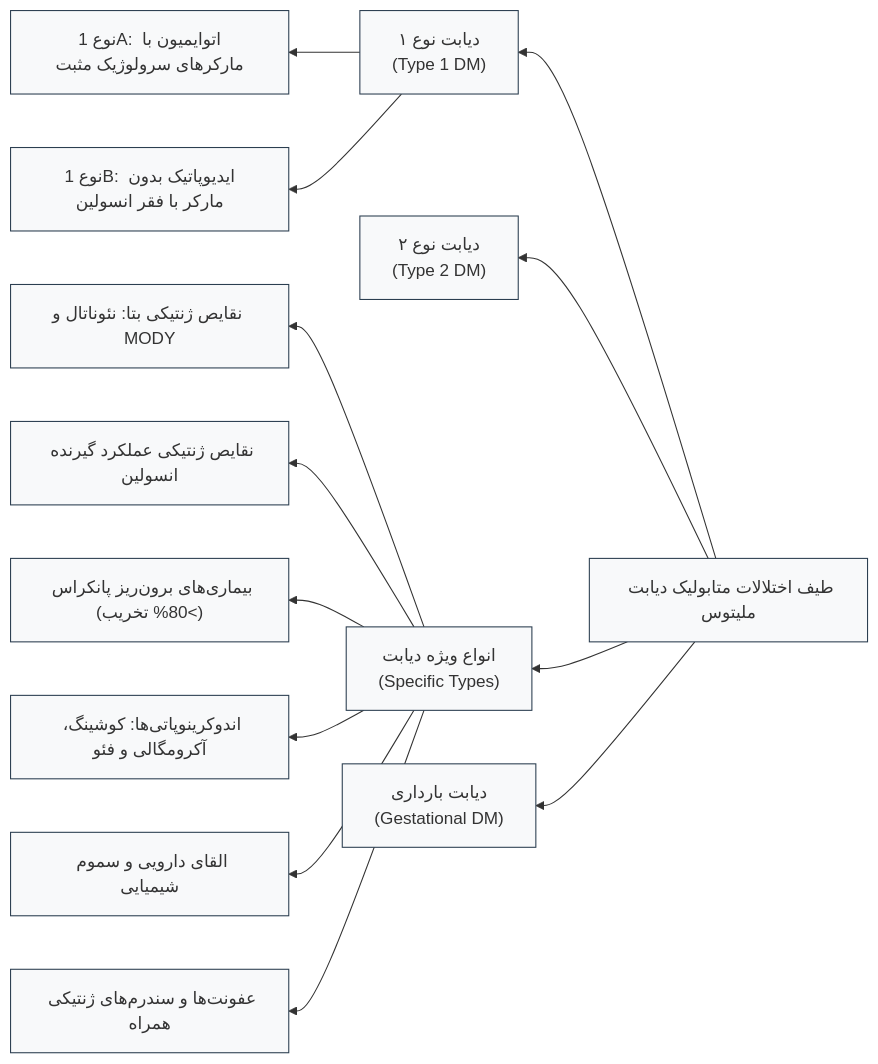
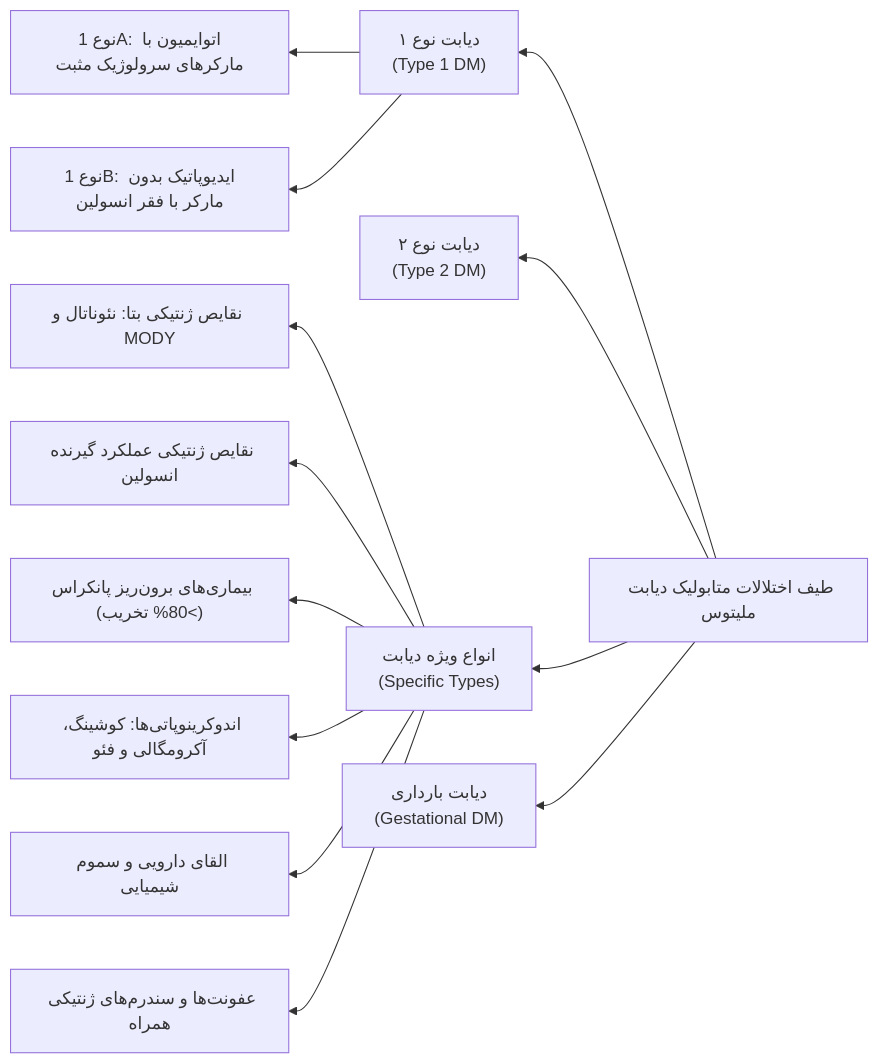
Before and after one commit to neopulse-hub/TUMS-1396-1-material-notes: the second of 15 diagrams in 7/مبانی غدد/دیابت.md, drawn with Mermaid. The commit also changed other lines of this file, not shown here.

````diff
--- a/7/مبانی غدد/دیابت.md
+++ b/7/مبانی غدد/دیابت.md
@@ -48,20 +48,18 @@
 ```mermaid
 flowchart RL
     DM["طیف اختلالات متابولیک دیابت ملیتوس"] --> T1D["دیابت نوع ۱<br>(Type 1 DM)"]
     DM --> T2D["دیابت نوع ۲<br>(Type 2 DM)"]
     DM --> Specific["انواع ویژه دیابت<br>(Specific Types)"]
     DM --> GDM["دیابت بارداری<br>(Gestational DM)"]
 
     T1D --> T1A["نوع 1A: اتوایمیون با مارکرهای سرولوژیک مثبت"]
     T1D --> T1B["نوع 1B: ایدیوپاتیک بدون مارکر با فقر انسولین"]
 
     Specific --> Mono["نقایص ژنتیکی بتا: نئوناتال و MODY"]
     Specific --> InsAct["نقایص ژنتیکی عملکرد گیرنده انسولین"]
     Specific --> Exocrine["بیماری‌های برون‌ریز پانکراس (>80% تخریب)"]
     Specific --> Endocrine["اندوکرینوپاتی‌ها: کوشینگ، آکرومگالی و فئو"]
     Specific --> Drugs["القای دارویی و سموم شیمیایی"]
     Specific --> Infect["عفونت‌ها و سندرم‌های ژنتیکی همراه"]
 
-    classDef main fill:#f8f9fa,stroke:#2b3e50,stroke-width:1px;
-    class DM,T1D,T2D,Specific,GDM,T1A,T1B,Mono,InsAct,Exocrine,Endocrine,Drugs,Infect main;
 ```
````
